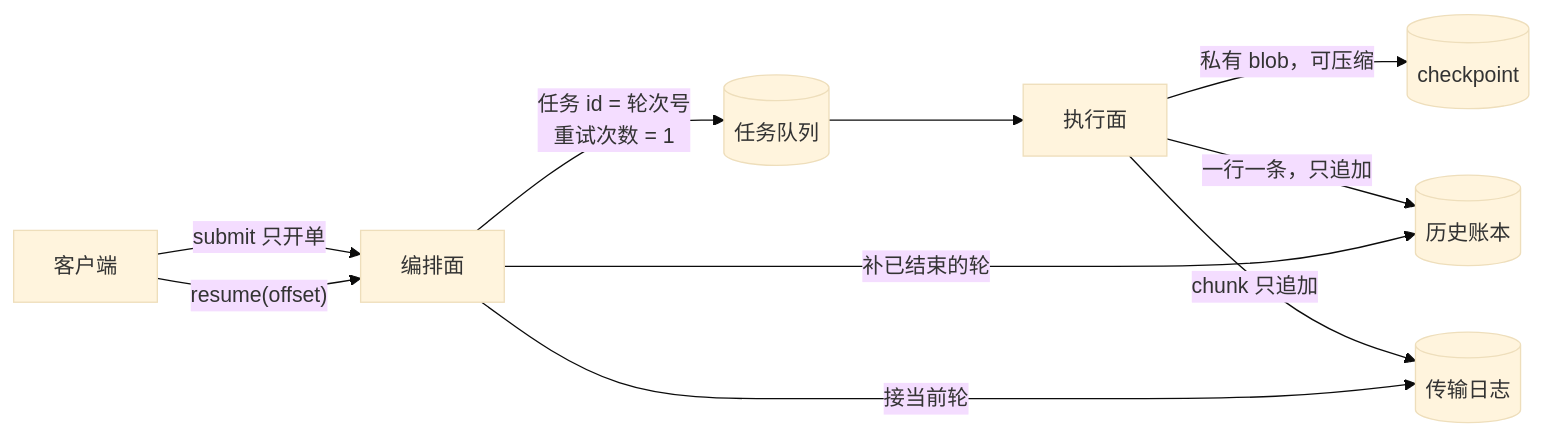
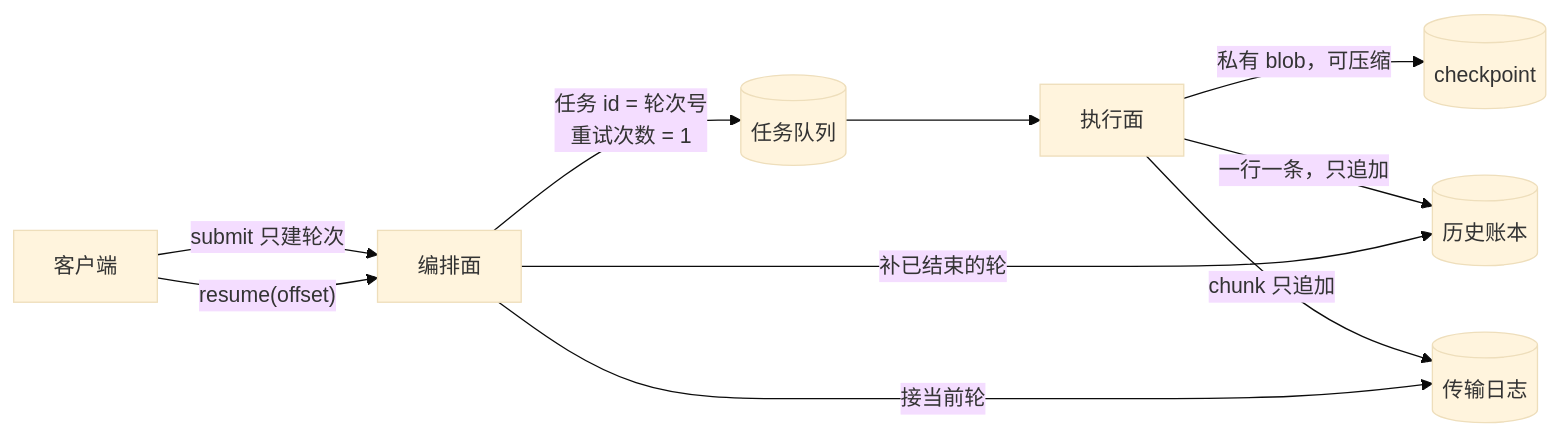
One commit to xunberg/xunberg.github.io changed the first of 2 diagrams in draft/agent_harness/02-two-separations.md. Above: the diagram before and after it, drawn with Mermaid (base theme). The commit also changed other lines of this file and 4 other files, not shown here.

````diff
--- a/draft/agent_harness/02-two-separations.md
+++ b/draft/agent_harness/02-two-separations.md
@@ -30,12 +30,12 @@
 ```mermaid
 flowchart LR
-    C["客户端"] -->|"submit 只开单"| G["编排面"]
+    C["客户端"] -->|"submit 只建轮次"| G["编排面"]
     C -->|"resume(offset)"| G
     G -->|"任务 id = 轮次号<br/>重试次数 = 1"| Q[("任务队列")]
     Q --> W["执行面"]
     W -->|"私有 blob，可压缩"| CP[("checkpoint")]
     W -->|"一行一条，只追加"| DB[("历史账本")]
     W -->|"chunk 只追加"| R[("传输日志")]
     G -->|"补已结束的轮"| DB
     G -->|"接当前轮"| R
 ```
````
